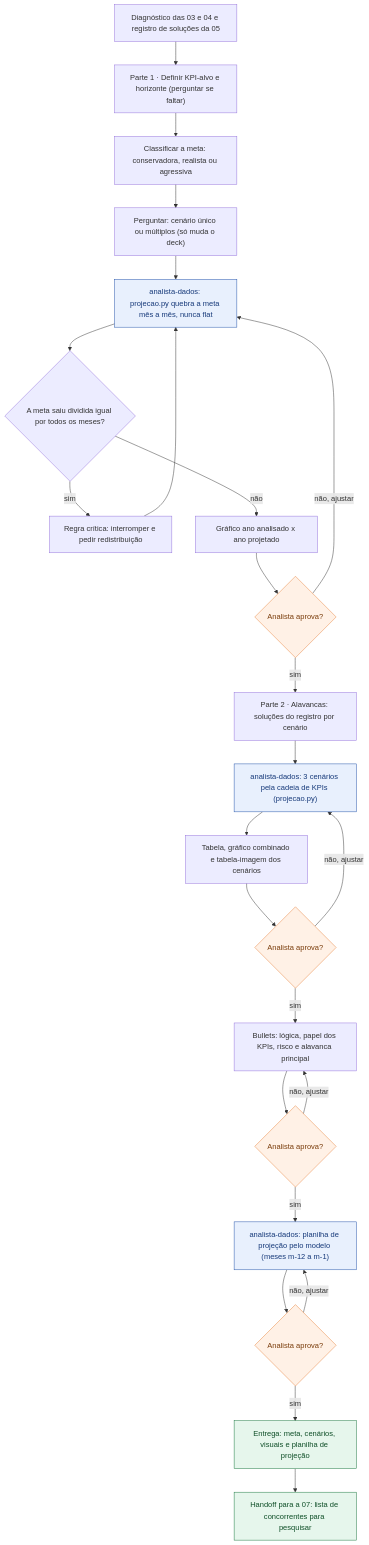
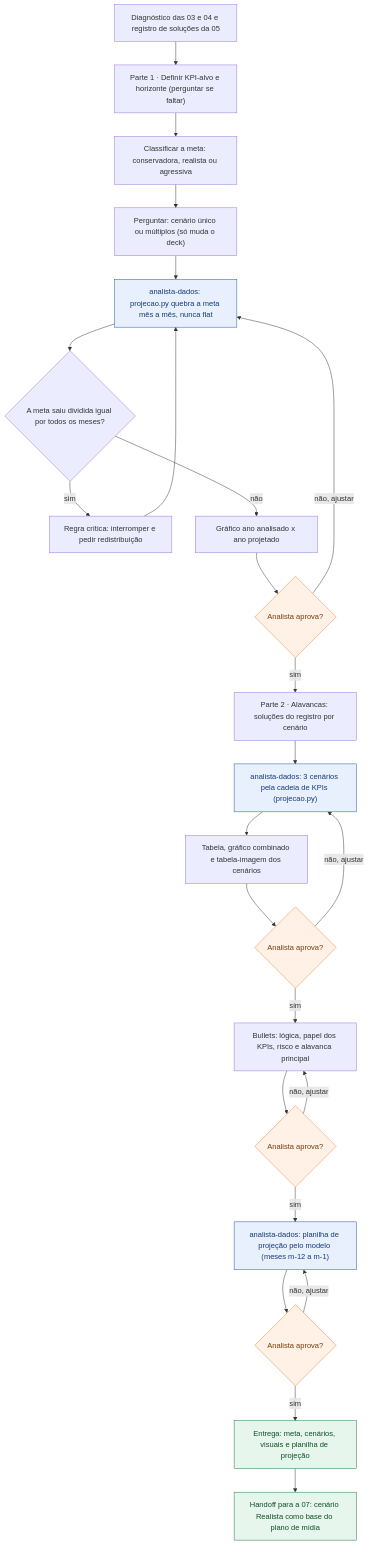
The diagram in .claude/skills/06-metas-e-cenarios/fluxo.mmd (MatheusBoomer/growth-cycle-boomer), drawn with Mermaid before and after one commit. The commit also changed 39 other files, not shown here.

Commit message:
docs(skills): texto, comandos e fluxogramas na numeração nova (07 mídia paga, 08 plano de ação, 09 apresentação)

```diff
--- a/.claude/skills/06-metas-e-cenarios/fluxo.mmd
+++ b/.claude/skills/06-metas-e-cenarios/fluxo.mmd
@@ -1,51 +1,51 @@
 flowchart TD
   I1["Diagnóstico das 03 e 04 e registro de soluções da 05"]
   P1["Parte 1 · Definir KPI-alvo e horizonte (perguntar se faltar)"]
   P2["Classificar a meta: conservadora, realista ou agressiva"]
   P3["Perguntar: cenário único ou múltiplos (só muda o deck)"]
   S1["analista-dados: projecao.py quebra a meta mês a mês, nunca flat"]
   D0{"A meta saiu dividida igual por todos os meses?"}
   R0["Regra crítica: interromper e pedir redistribuição"]
   P4["Gráfico ano analisado x ano projetado"]
   C1{"Analista aprova?"}
   P5["Parte 2 · Alavancas: soluções do registro por cenário"]
   S2["analista-dados: 3 cenários pela cadeia de KPIs (projecao.py)"]
   P6["Tabela, gráfico combinado e tabela-imagem dos cenários"]
   C2{"Analista aprova?"}
   P7["Bullets: lógica, papel dos KPIs, risco e alavanca principal"]
   C3{"Analista aprova?"}
   S3["analista-dados: planilha de projeção pelo modelo (meses m-12 a m-1)"]
   C4{"Analista aprova?"}
   E1["Entrega: meta, cenários, visuais e planilha de projeção"]
-  H1["Handoff para a 07: lista de concorrentes para pesquisar"]
+  H1["Handoff para a 07: cenário Realista como base do plano de mídia"]
 
   I1 --> P1
   P1 --> P2
   P2 --> P3
   P3 --> S1
   S1 --> D0
   D0 -->|"sim"| R0
   R0 --> S1
   D0 -->|"não"| P4
   P4 --> C1
   C1 -->|"sim"| P5
   C1 -->|"não, ajustar"| S1
   P5 --> S2
   S2 --> P6
   P6 --> C2
   C2 -->|"sim"| P7
   C2 -->|"não, ajustar"| S2
   P7 --> C3
   C3 -->|"sim"| S3
   C3 -->|"não, ajustar"| P7
   S3 --> C4
   C4 -->|"sim"| E1
   C4 -->|"não, ajustar"| S3
   E1 --> H1
 
   class C1,C2,C3,C4 checkpoint
   class S1,S2,S3 subagente
   class E1,H1 entrega
   classDef checkpoint fill:#fff1e6,stroke:#e8803a,color:#7a3d0c
   classDef subagente fill:#e8f0fd,stroke:#1f4fa8,color:#173a7a
   classDef entrega fill:#e6f6ec,stroke:#16743b,color:#0f4f28
```
